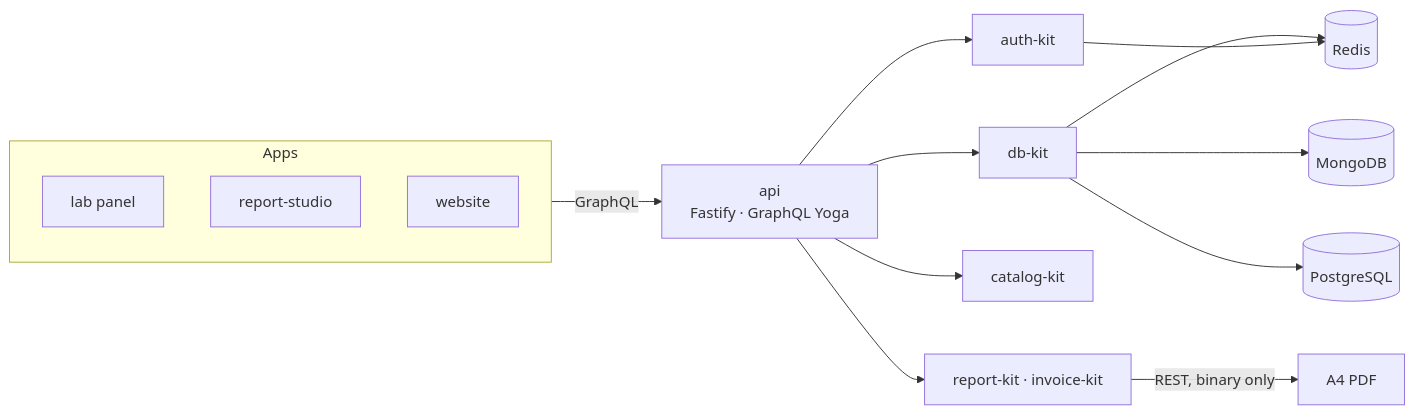
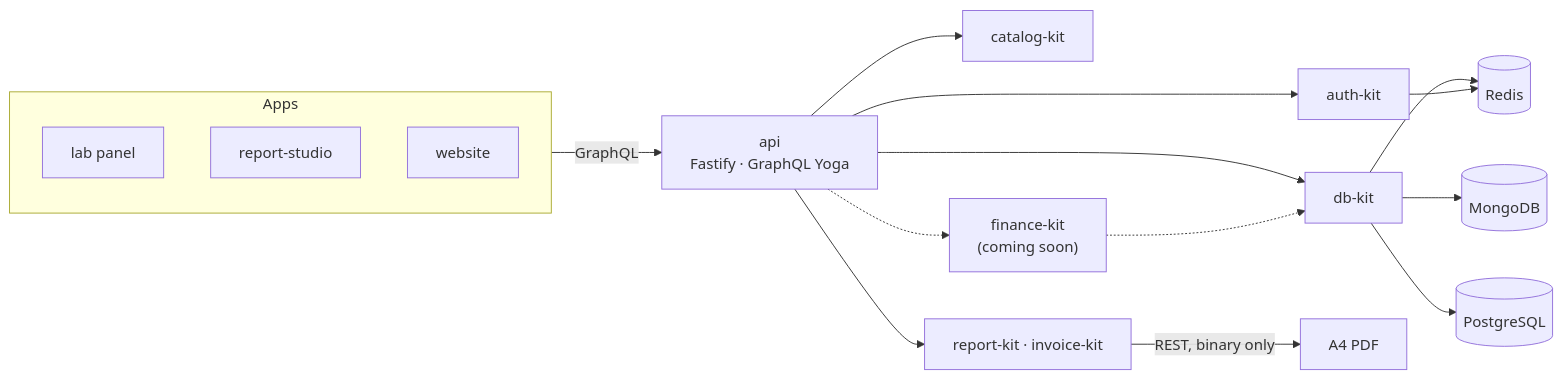
The diagram in profile/README.md (mgpl-diagnostics/.github), drawn with Mermaid before and after one commit. The commit also changed other lines of this file and 2 other files, not shown here.

First line of the commit message:
docs: profile — finance-kit and more kits coming (#4)

````diff
--- a/profile/README.md
+++ b/profile/README.md
@@ -73,18 +89,20 @@
 ```mermaid
 flowchart LR
   subgraph Apps
     P[lab panel]
     S[report-studio]
     W[website]
   end
   Apps -->|"GraphQL"| API["api<br/>Fastify · GraphQL Yoga"]
   API --> AUTH[auth-kit]
   API --> DB[db-kit]
   API --> CAT[catalog-kit]
   API --> RND["report-kit · invoice-kit"]
+  API -.-> FIN["finance-kit<br/>(coming soon)"]
+  FIN -.-> DB
   DB --> M[(MongoDB)]
   DB --> PG[(PostgreSQL)]
   DB --> R[(Redis)]
   AUTH --> R
   RND -->|"REST, binary only"| PDF["A4 PDF"]
 ```
````
